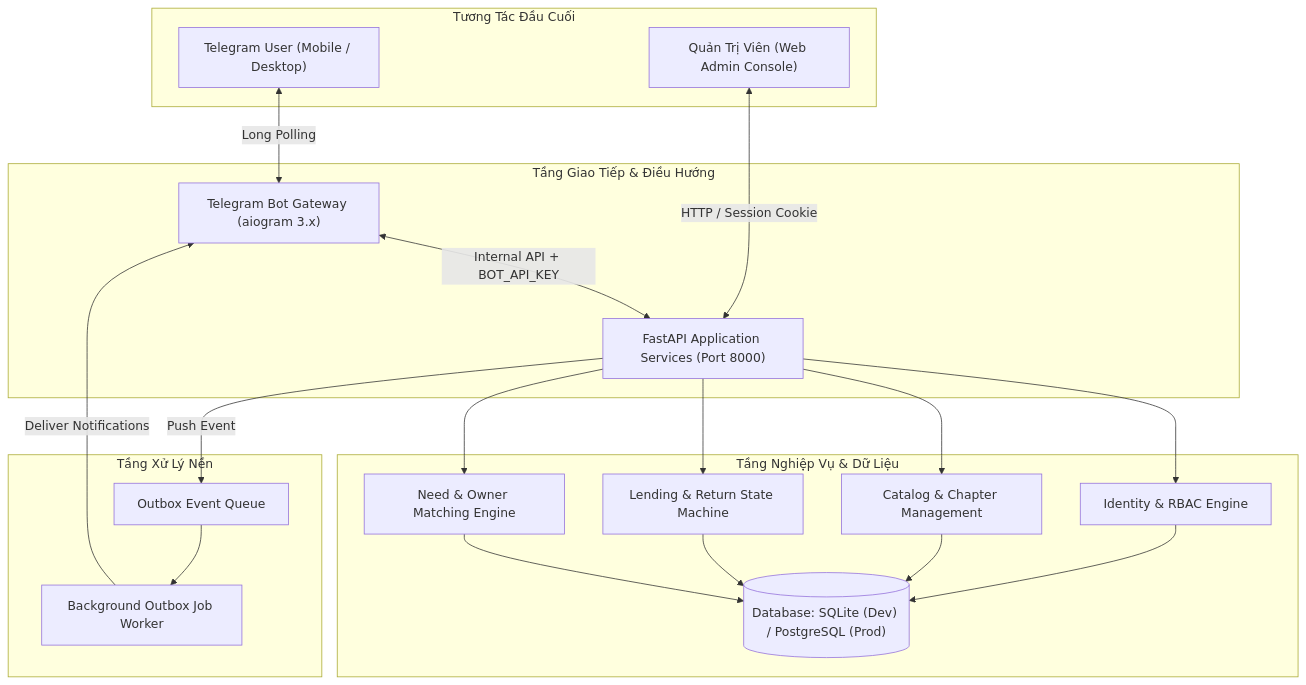
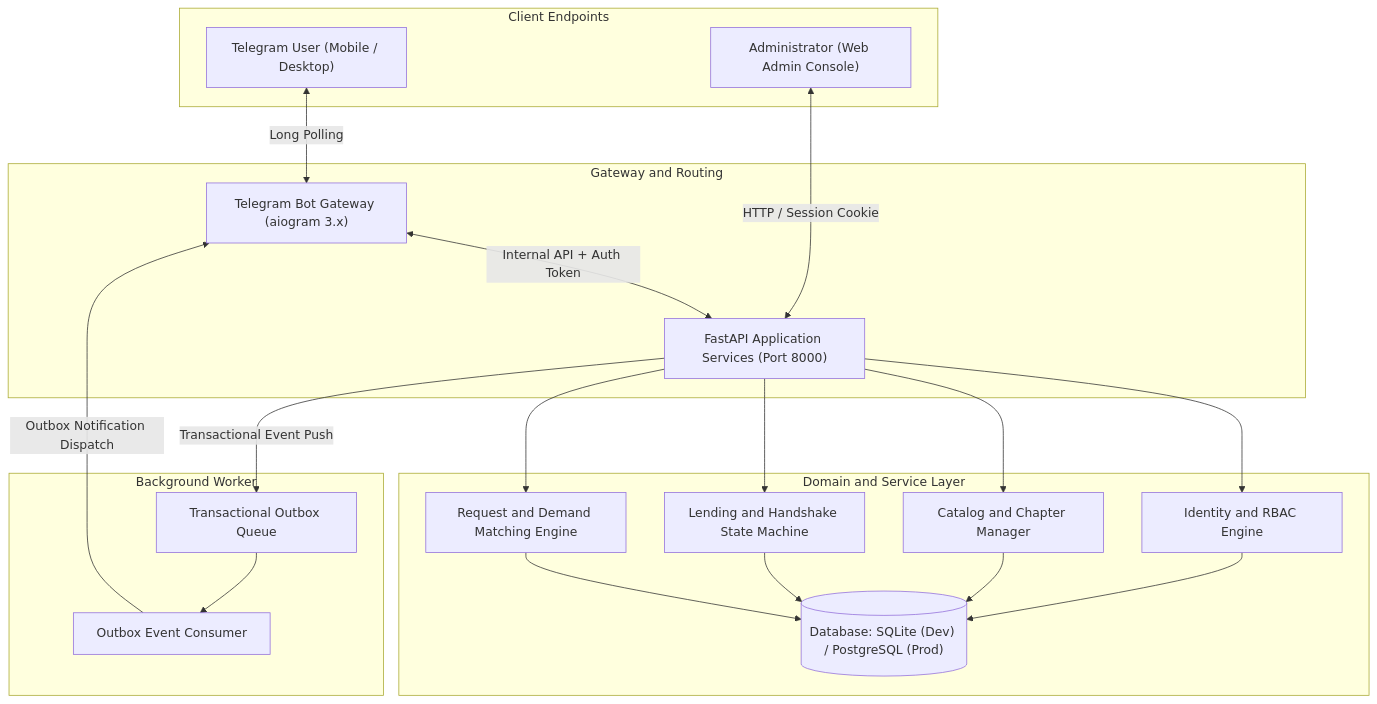
One commit to nhdnhut/boconic-book-sharing-platform changed the diagram in README.md. Above: the diagram before and after it, drawn with Mermaid. The commit also changed other lines of this file and 5 other files, not shown here.

````diff
--- a/README.md
+++ b/README.md
@@ -29,34 +30,34 @@
 ```mermaid
 flowchart TD
-  subgraph Clients["Tương Tác Đầu Cuối"]
+  subgraph Clients["Client Endpoints"]
     T["Telegram User (Mobile / Desktop)"]
-    A["Quản Trị Viên (Web Admin Console)"]
+    A["Administrator (Web Admin Console)"]
   end
 
-  subgraph Gateway["Tầng Giao Tiếp & Điều Hướng"]
+  subgraph Gateway["Gateway and Routing"]
     B["Telegram Bot Gateway (aiogram 3.x)"]
     API["FastAPI Application Services (Port 8000)"]
   end
 
-  subgraph Core["Tầng Nghiệp Vụ & Dữ Liệu"]
-    S["Identity & RBAC Engine"]
-    C["Catalog & Chapter Management"]
-    L["Lending & Return State Machine"]
-    N["Need & Owner Matching Engine"]
+  subgraph Core["Domain and Service Layer"]
+    S["Identity and RBAC Engine"]
+    C["Catalog and Chapter Manager"]
+    L["Lending and Handshake State Machine"]
+    N["Request and Demand Matching Engine"]
     DB[("Database: SQLite (Dev) / PostgreSQL (Prod)")]
   end
 
-  subgraph AsyncWorkers["Tầng Xử Lý Nền"]
-    W["Background Outbox Job Worker"]
-    Q["Outbox Event Queue"]
+  subgraph AsyncWorkers["Background Worker"]
+    W["Outbox Event Consumer"]
+    Q["Transactional Outbox Queue"]
   end
 
   T <-->|Long Polling| B
   A <-->|HTTP / Session Cookie| API
-  B <-->|Internal API + BOT_API_KEY| API
+  B <-->|Internal API + Auth Token| API
   API --> S & C & L & N
   S & C & L & N --> DB
-  API -->|Push Event| Q
+  API -->|Transactional Event Push| Q
   Q --> W
-  W -->|Deliver Notifications| B
+  W -->|Outbox Notification Dispatch| B
 ```
````
